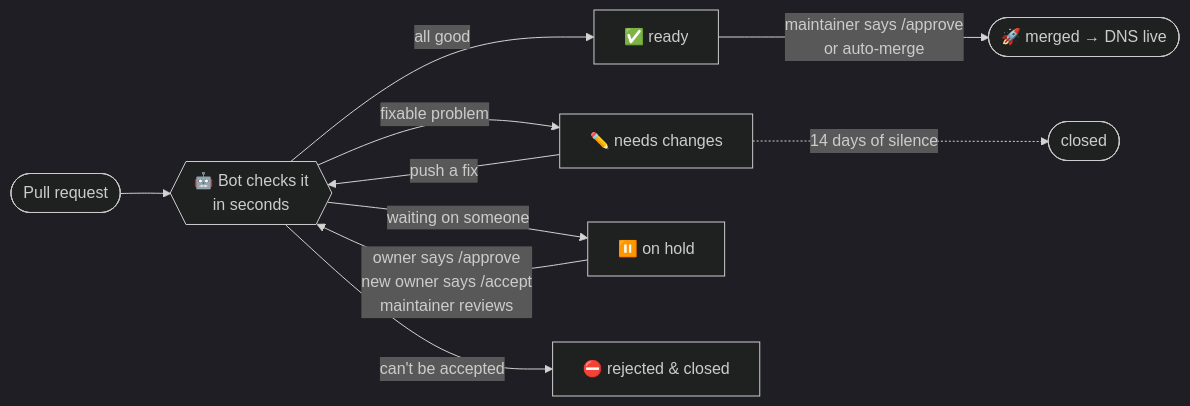
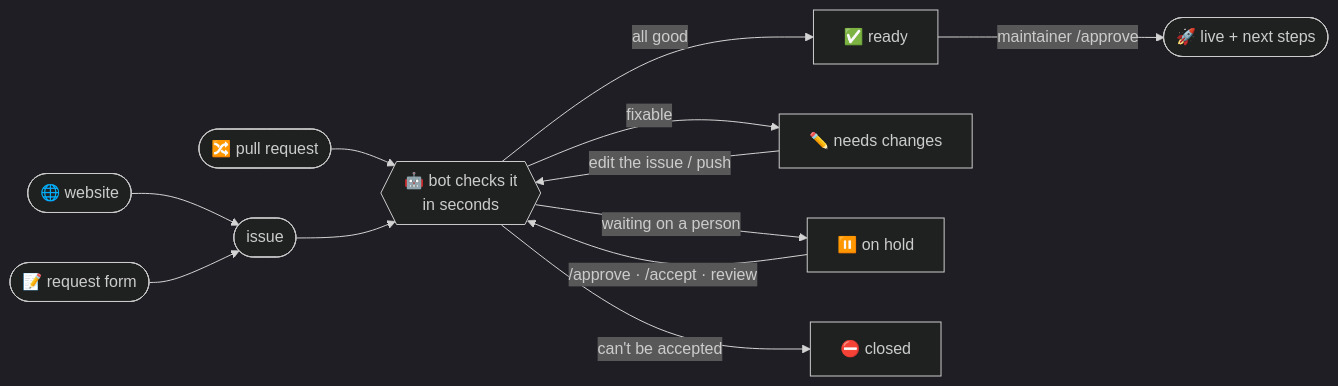
The diagram in README.md (So10-k/awesomeprojects.tech), drawn with Mermaid (dark theme) before and after one commit. The commit also changed other lines of this file and 28 other files, not shown here.

````diff
--- a/README.md
+++ b/README.md
@@ -106,12 +112,14 @@
 ```mermaid
 flowchart LR
-    PR([Pull request]) --> BOT{{🤖 Bot checks it<br/>in seconds}}
+    W([🌐 website]) --> REQ
+    F([📝 request form]) --> REQ
+    PR([🔀 pull request]) --> BOT
+    REQ([issue]) --> BOT{{🤖 bot checks it<br/>in seconds}}
     BOT -->|all good| READY[✅ ready]
-    BOT -->|fixable problem| FIX[✏️ needs changes]
-    BOT -->|waiting on someone| HOLD[⏸️ on hold]
-    BOT -->|can't be accepted| NO[⛔ rejected & closed]
-    FIX -->|push a fix| BOT
-    HOLD -->|owner says /approve<br/>new owner says /accept<br/>maintainer reviews| BOT
-    READY -->|maintainer says /approve<br/>or auto-merge| LIVE([🚀 merged → DNS live])
-    FIX -.->|14 days of silence| CLOSED([closed])
+    BOT -->|fixable| FIX[✏️ needs changes]
+    BOT -->|waiting on a person| HOLD[⏸️ on hold]
+    BOT -->|can't be accepted| NO[⛔ closed]
+    FIX -->|edit the issue / push| BOT
+    HOLD -->|/approve · /accept · review| BOT
+    READY -->|maintainer /approve| LIVE([🚀 live + next steps])
 ```
````
